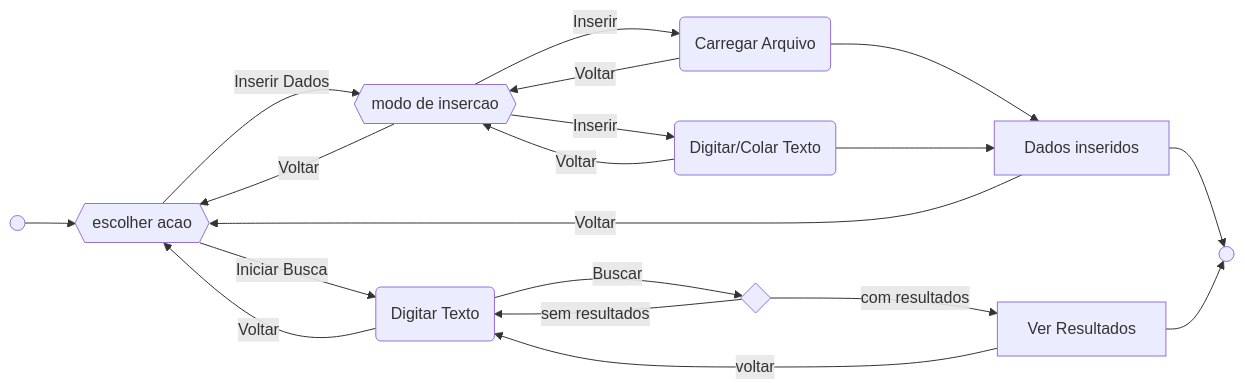
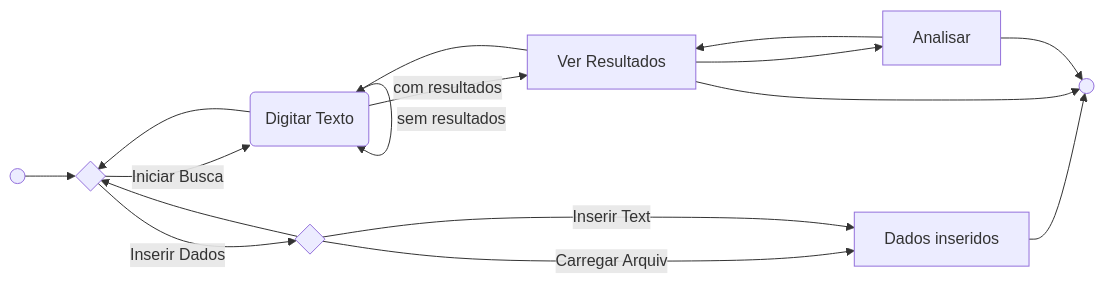
The diagram in readme.md (gsasgustavo/WorkWithWord), drawn with Mermaid before and after one commit. The commit also changed other lines of this file and 1 other file, not shown here.

```diff
--- a/readme.md
+++ b/readme.md
@@ -46,21 +77,18 @@
 ~~~mermaid
 graph LR
-start(( )) --> A{{escolher acao}}
-A --Inserir Dados--> B{{modo de insercao}}
-A --Iniciar Busca--> G(Digitar Texto)
-B --Voltar--> A
-B --Inserir--> D(Carregar Arquivo)
-B --Inserir--> E(Digitar/Colar Texto)
-D --Voltar--> B
-D --> F[Dados inseridos]
-E --Voltar--> B
-E --> F
-F --Voltar--> A
+start(( )) --> A{ }
+A --Inserir Dados--> B{ }
+A --Iniciar Busca--> C(Digitar Texto)
+B --> A
+B --Carregar Arquivo--> D[Dados inseridos]
+B --Inserir Texto--> D
+D --> finish
+C --> A
+C --com resultados--> E[Ver Resultados]
+C --sem resultados--> C
+E --> C
+E --> F[Analisar]
+E --> finish(( ))
+F --> E
 F --> finish(( ))
-G --Voltar--> A
-G --Buscar--> H{ }
-H --com resultados--> I[Ver Resultados]
-H --sem resultados--> G
-I --voltar--> G
-I --> finish(( ))
 ~~~
```
